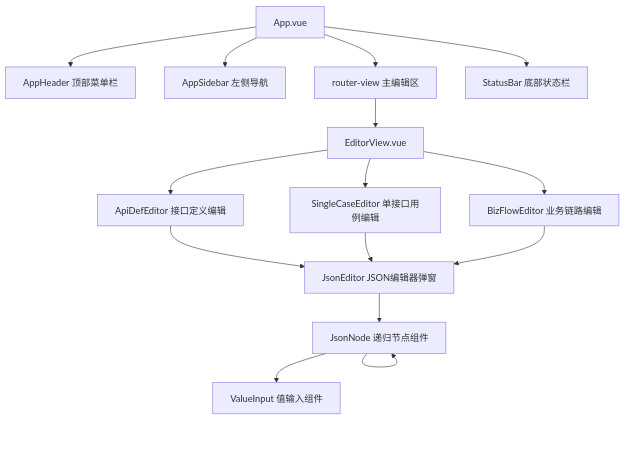
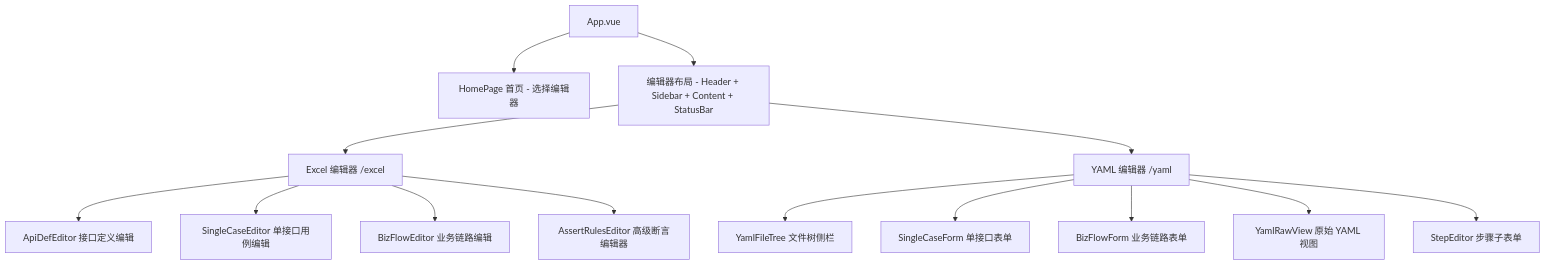
One commit to Remon-16/flow-forge changed the first of 2 diagrams in case-editor/README.md. Above: the diagram before and after it, drawn with Mermaid. The commit also changed other lines of this file and 40 other files, not shown here.

````diff
--- a/case-editor/README.md
+++ b/case-editor/README.md
@@ -50,20 +75,19 @@
 ```mermaid
 graph TD
-    App[App.vue] --> Header[AppHeader 顶部菜单栏]
-    App --> Sidebar[AppSidebar 左侧导航]
-    App --> Content[router-view 主编辑区]
-    App --> Status[StatusBar 底部状态栏]
+    App[App.vue] --> Home[HomePage 首页 - 选择编辑器]
+    App --> Layout[编辑器布局 - Header + Sidebar + Content + StatusBar]
 
-    Content --> EditorView[EditorView.vue]
-    EditorView --> ApiDefEditor[ApiDefEditor 接口定义编辑]
-    EditorView --> SingleCaseEditor[SingleCaseEditor 单接口用例编辑]
-    EditorView --> BizFlowEditor[BizFlowEditor 业务链路编辑]
+    Layout --> Excel[Excel 编辑器 /excel]
+    Layout --> YAML[YAML 编辑器 /yaml]
 
-    ApiDefEditor --> JsonEditor[JsonEditor JSON编辑器弹窗]
-    SingleCaseEditor --> JsonEditor
-    BizFlowEditor --> JsonEditor
+    Excel --> ApiDefEditor[ApiDefEditor 接口定义编辑]
+    Excel --> SingleCaseEditor[SingleCaseEditor 单接口用例编辑]
+    Excel --> BizFlowEditor[BizFlowEditor 业务链路编辑]
+    Excel --> AssertRulesEditor[AssertRulesEditor 高级断言编辑器]
 
-    JsonEditor --> JsonNode[JsonNode 递归节点组件]
-    JsonNode --> ValueInput[ValueInput 值输入组件]
-    JsonNode --> JsonNode
+    YAML --> FileTree[YamlFileTree 文件树侧栏]
+    YAML --> SingleForm[SingleCaseForm 单接口表单]
+    YAML --> BizForm[BizFlowForm 业务链路表单]
+    YAML --> RawView[YamlRawView 原始 YAML 视图]
+    YAML --> StepEditor[StepEditor 步骤子表单]
 ```
````
